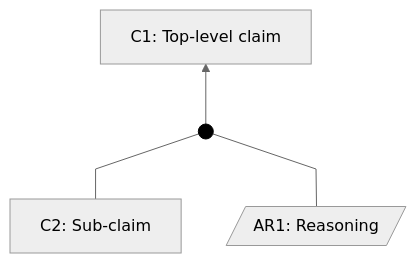
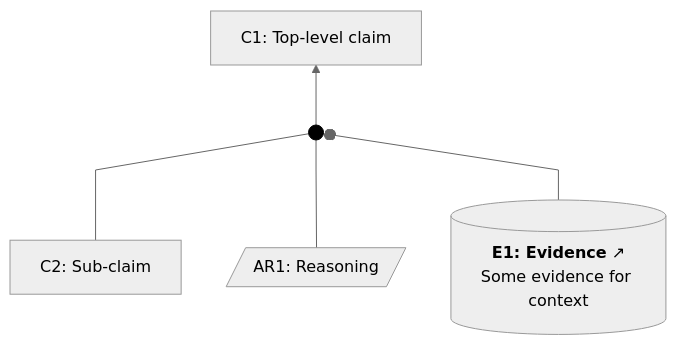
One commit to coreinfrastructure/best-practices-badge changed the tenth of 17 diagrams in docs/sacm-mermaid.md. Above: the diagram before and after it, drawn with Mermaid. The commit also changed other lines of this file, not shown here.

Commit message:
Demo context relationship early

````diff
--- a/docs/sacm-mermaid.md
+++ b/docs/sacm-mermaid.md
@@ -708,21 +710,24 @@
 ```mermaid
 ---
 config:
   theme: neutral
   flowchart:
     curve: linear
     htmlLabels: true
     rankSpacing: 60
     nodeSpacing: 45
     padding: 15
 ---
 flowchart BT
     classDef sacmDot fill:#000,stroke:#000
     C2["C2: Sub-claim"]
     AR1[/"AR1: Reasoning"/]
     Inf1((" ")):::sacmDot
     C1["C1: Top-level claim"]
+    E1[("<b>E1: Evidence</b>&nbsp;↗<br>Some evidence for context")]
+
     C2 --- Inf1
     AR1 --- Inf1
+    E1 --o Inf1
     Inf1 --> C1
 ```
````
